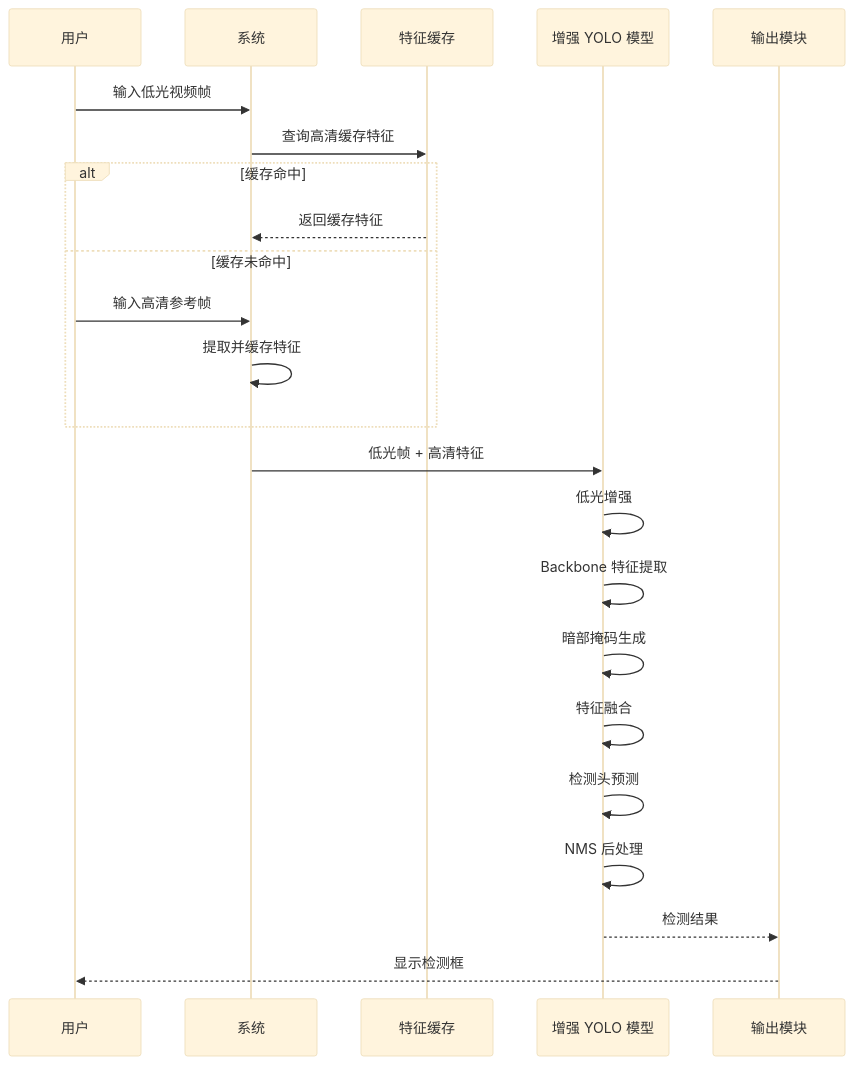
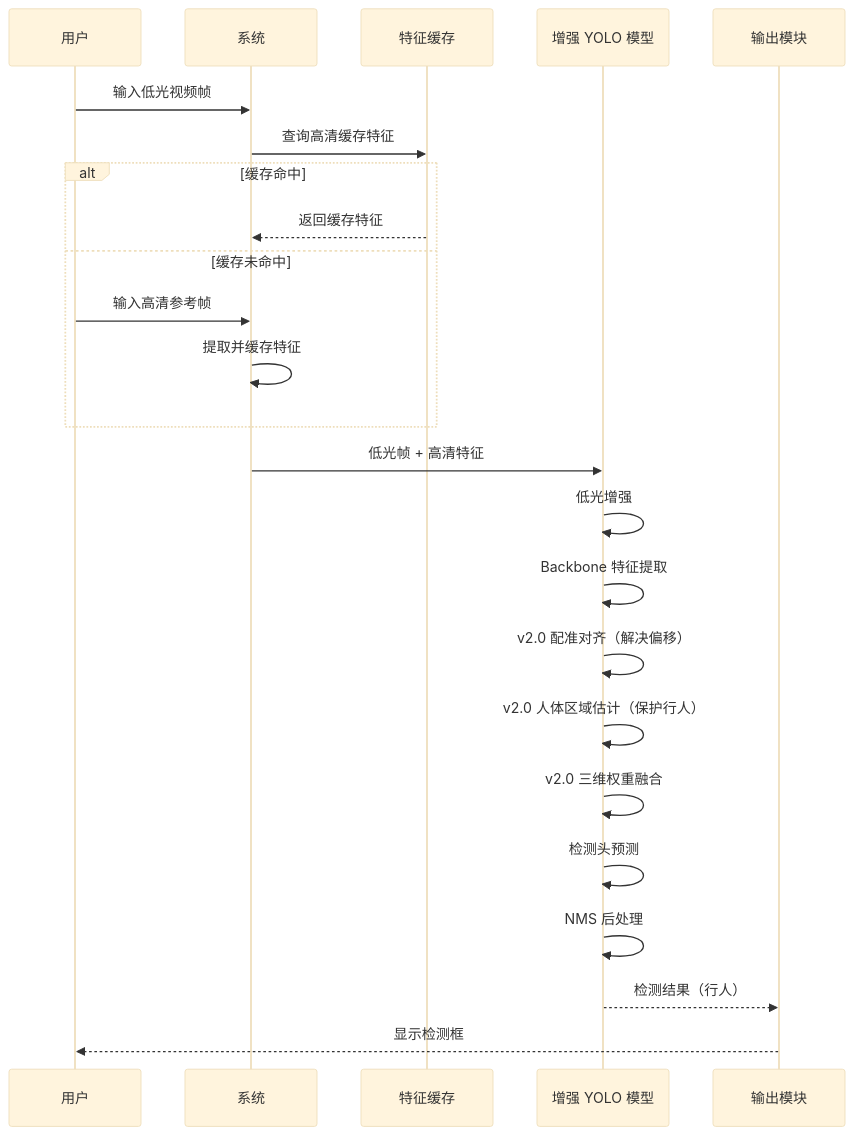
Before and after one commit to moonway0127/yolo_low_light_enhance: the sixth of 14 diagrams in README.md, drawn with Mermaid (base theme). The commit also changed other lines of this file and 1 other file, not shown here.

````diff
--- a/README.md
+++ b/README.md
@@ -88,28 +224,29 @@
 ```mermaid
 sequenceDiagram
     participant User as 用户
     participant System as 系统
     participant Cache as 特征缓存
     participant Model as 增强 YOLO 模型
     participant Output as 输出模块
     
     User->>System: 输入低光视频帧
     System->>Cache: 查询高清缓存特征
     
     alt 缓存命中
         Cache-->>System: 返回缓存特征
     else 缓存未命中
         User->>System: 输入高清参考帧
         System->>System: 提取并缓存特征
     end
     
     System->>Model: 低光帧 + 高清特征
     Model->>Model: 低光增强
     Model->>Model: Backbone 特征提取
-    Model->>Model: 暗部掩码生成
-    Model->>Model: 特征融合
+    Model->>Model: v2.0 配准对齐（解决偏移）
+    Model->>Model: v2.0 人体区域估计（保护行人）
+    Model->>Model: v2.0 三维权重融合
     Model->>Model: 检测头预测
     Model->>Model: NMS 后处理
-    Model-->>Output: 检测结果
+    Model-->>Output: 检测结果（行人）
     Output-->>User: 显示检测框
 ```
````
